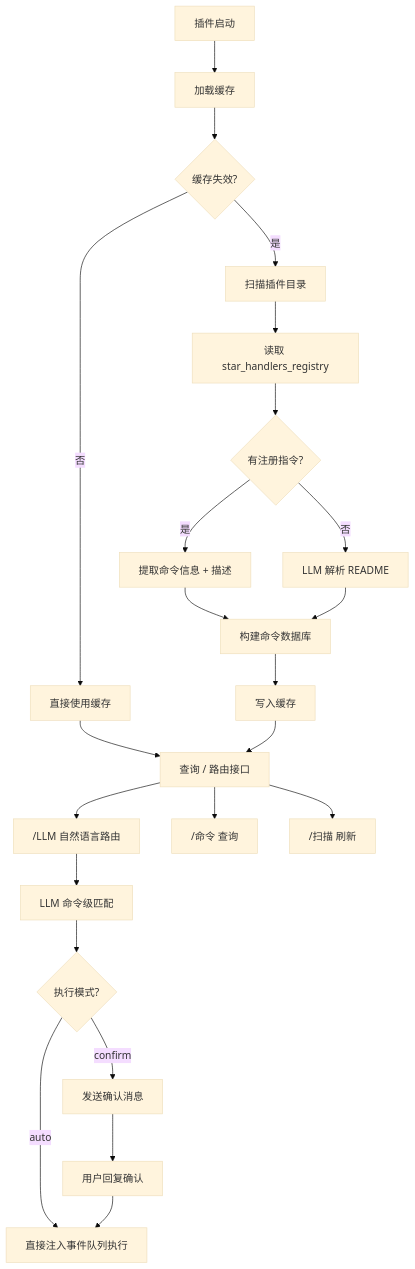
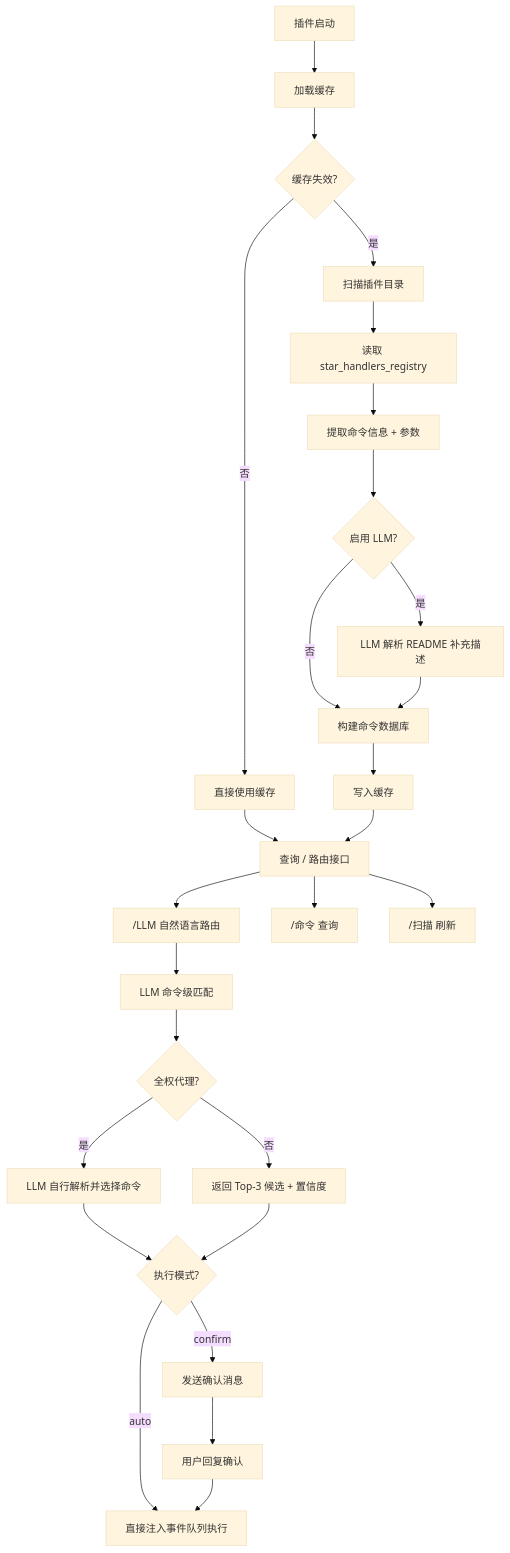
Before and after one commit to R1D3rZzz/astrbot_plugin_command_displayer: the diagram in README.md, drawn with Mermaid (base theme). The commit also changed other lines of this file and 5 other files, not shown here.

````diff
--- a/README.md
+++ b/README.md
@@ -61,30 +63,34 @@
 ```mermaid
 graph TD
     A[插件启动] --> B[加载缓存]
     B --> C{缓存失效?}
     C -->|是| D[扫描插件目录]
     C -->|否| E[直接使用缓存]
     D --> F[读取 star_handlers_registry]
-    F --> G{有注册指令?}
-    G -->|是| H[提取命令信息 + 描述]
-    G -->|否| I[LLM 解析 README]
-    H --> J[构建命令数据库]
+    F --> G[提取命令信息 + 参数]
+    G --> H{启用 LLM?}
+    H -->|是| I[LLM 解析 README 补充描述]
+    H -->|否| J[构建命令数据库]
     I --> J
     J --> K[写入缓存]
     E --> L[查询 / 路由接口]
     K --> L
 
     M["/LLM 自然语言路由"]
     N["/命令 查询"]
     O["/扫描 刷新"]
     L --> M
     L --> N
     L --> O
 
     M --> P[LLM 命令级匹配]
-    P --> Q{执行模式?}
-    Q -->|auto| R[直接注入事件队列执行]
-    Q -->|confirm| S[发送确认消息]
-    S --> T[用户回复确认]
-    T --> R
+    P --> Q{全权代理?}
+    Q -->|是| R[LLM 自行解析并选择命令]
+    Q -->|否| S[返回 Top-3 候选 + 置信度]
+    R --> T{执行模式?}
+    S --> T
+    T -->|auto| U[直接注入事件队列执行]
+    T -->|confirm| V[发送确认消息]
+    V --> W[用户回复确认]
+    W --> U
 ```
````
